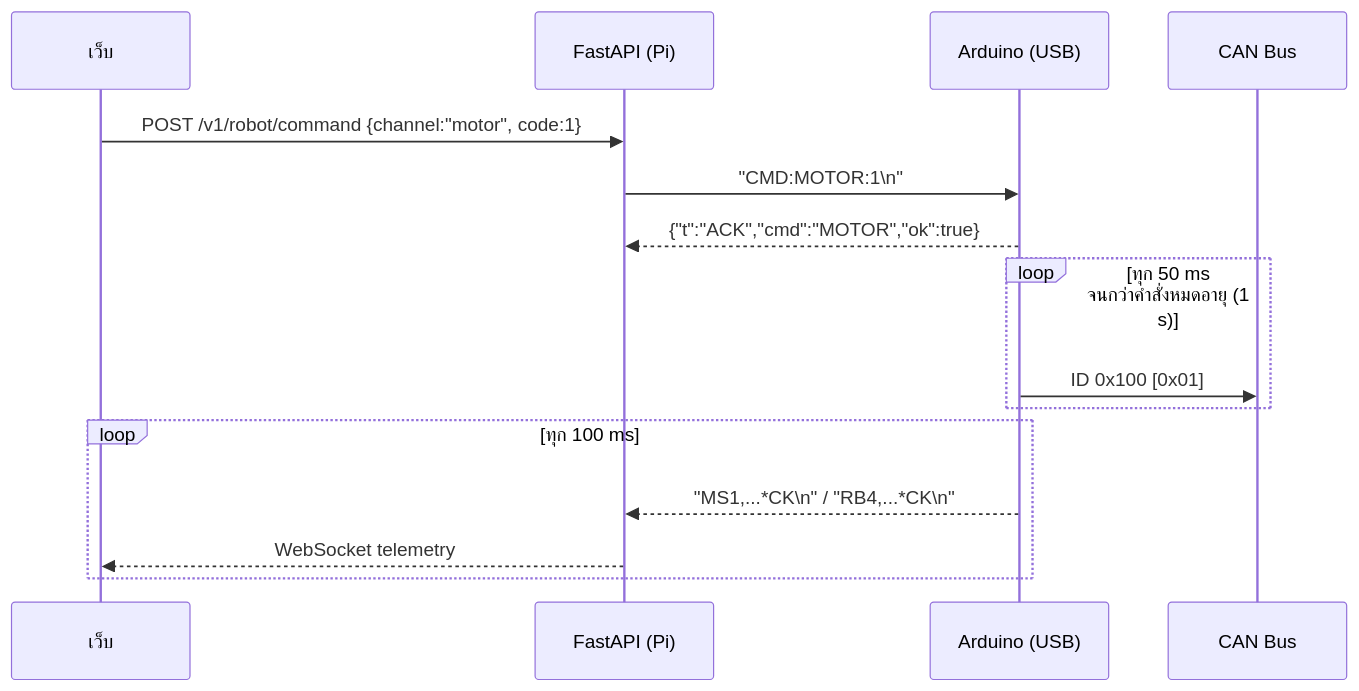
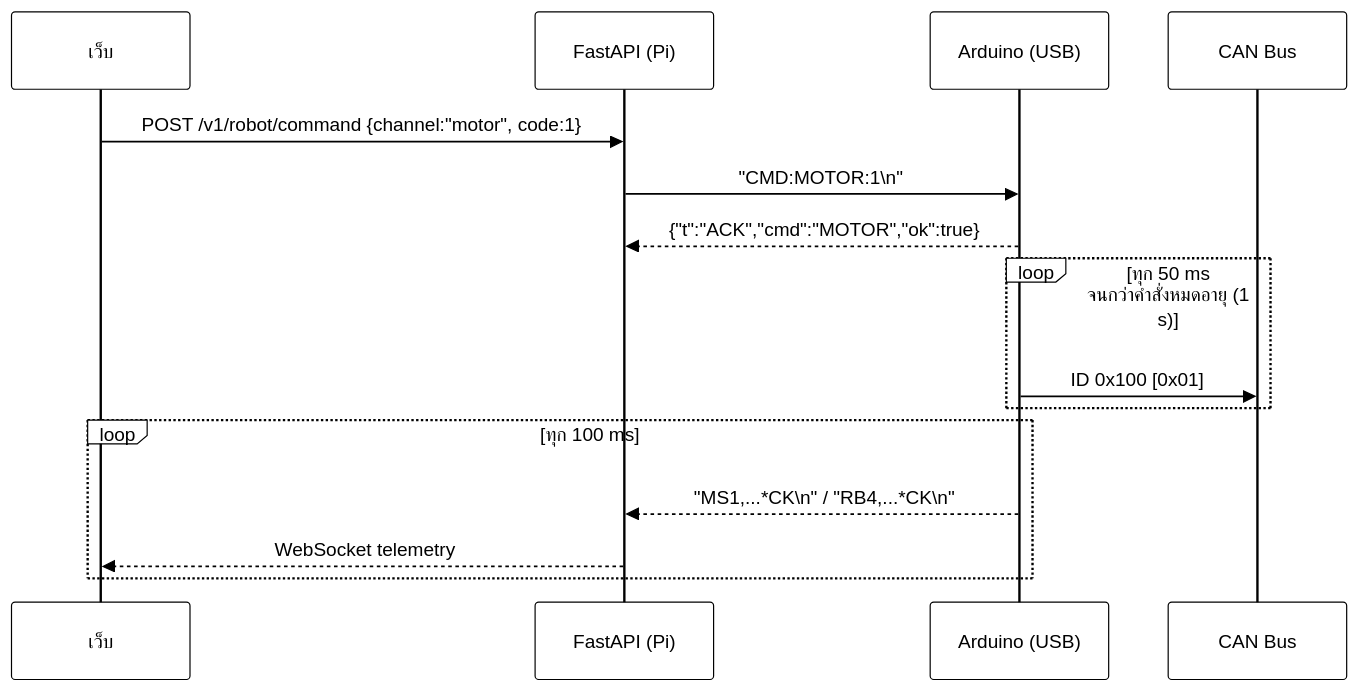
The third of 7 diagrams in docs/doc.md (SaktanuthPeak/durian-bot), drawn with Mermaid before and after one commit. The commit also changed other lines of this file and 14 other files, not shown here.

````diff
--- a/docs/doc.md
+++ b/docs/doc.md
@@ -486,17 +367,18 @@
 ```mermaid
+%%{init: {'theme': 'base', 'themeVariables': {'background': '#ffffff', 'mainBkg': '#ffffff', 'primaryColor': '#ffffff', 'secondaryColor': '#ffffff', 'tertiaryColor': '#ffffff', 'primaryTextColor': '#000000', 'secondaryTextColor': '#000000', 'tertiaryTextColor': '#000000', 'textColor': '#000000', 'primaryBorderColor': '#000000', 'secondaryBorderColor': '#000000', 'tertiaryBorderColor': '#000000', 'nodeBorder': '#000000', 'lineColor': '#000000', 'clusterBkg': '#ffffff', 'clusterBorder': '#000000', 'edgeLabelBackground': '#ffffff', 'titleColor': '#000000', 'actorBkg': '#ffffff', 'actorBorder': '#000000', 'actorTextColor': '#000000', 'actorLineColor': '#000000', 'signalColor': '#000000', 'signalTextColor': '#000000', 'labelBoxBkgColor': '#ffffff', 'labelBoxBorderColor': '#000000', 'labelTextColor': '#000000', 'loopTextColor': '#000000', 'noteBkgColor': '#ffffff', 'noteBorderColor': '#000000', 'noteTextColor': '#000000', 'activationBkgColor': '#ffffff', 'activationBorderColor': '#000000'}}}%%
 sequenceDiagram
     participant W as เว็บ
     participant B as FastAPI (Pi)
     participant U as Arduino (USB)
     participant C as CAN Bus
     W->>B: POST /v1/robot/command {channel:"motor", code:1}
     B->>U: "CMD:MOTOR:1\n"
     U-->>B: {"t":"ACK","cmd":"MOTOR","ok":true}
     loop ทุก 50 ms จนกว่าคำสั่งหมดอายุ (1 s)
         U->>C: ID 0x100 [0x01]
     end
     loop ทุก 100 ms
         U-->>B: "MS1,...*CK\n" / "RB4,...*CK\n"
         B-->>W: WebSocket telemetry
     end
 ```
````
